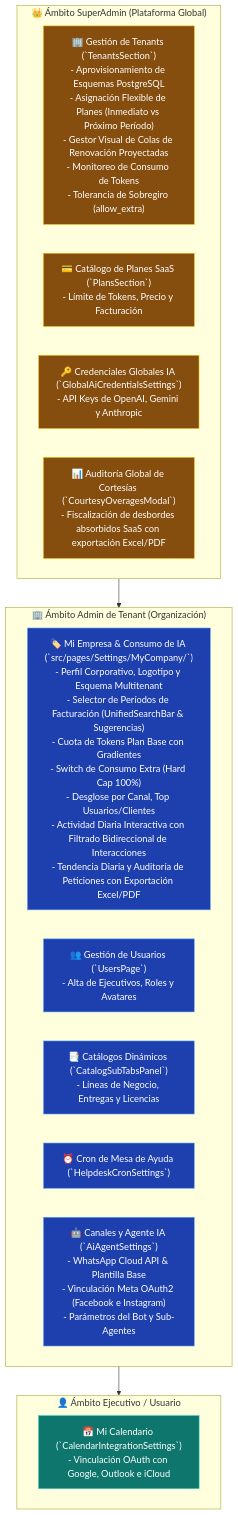
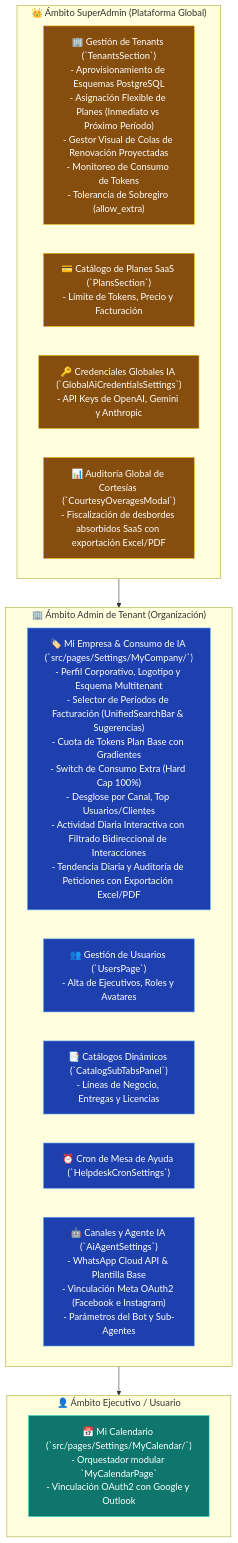
One commit to DesarrolloTibs/crm-tibs-app changed the diagram in Proyectos/CRM TIBS - Centro de Configuracion, Tenants & Roles.md. Above: the diagram before and after it, drawn with Mermaid. The commit also changed other lines of this file and 12 other files, not shown here.

````diff
--- a/Proyectos/CRM TIBS - Centro de Configuracion, Tenants & Roles.md
+++ b/Proyectos/CRM TIBS - Centro de Configuracion, Tenants & Roles.md
@@ -25,32 +25,32 @@
 ```mermaid
 graph TD
     subgraph AmbitoSuperAdmin ["👑 Ámbito SuperAdmin (Plataforma Global)"]
         Tenants["🏢 Gestión de Tenants (`TenantsSection`)<br/>- Aprovisionamiento de Esquemas PostgreSQL<br/>- Asignación Flexible de Planes (Inmediato vs Próximo Período)<br/>- Gestor Visual de Colas de Renovación Proyectadas<br/>- Monitoreo de Consumo de Tokens<br/>- Tolerancia de Sobregiro (allow_extra)"]
         Plans["💳 Catálogo de Planes SaaS (`PlansSection`)<br/>- Límite de Tokens, Precio y Facturación"]
         AICreds["🔑 Credenciales Globales IA (`GlobalAiCredentialsSettings`)<br/>- API Keys de OpenAI, Gemini y Anthropic"]
         GlobalAudit["📊 Auditoría Global de Cortesías (`CourtesyOveragesModal`)<br/>- Fiscalización de desbordes absorbidos SaaS con exportación Excel/PDF"]
     end
 
     subgraph AmbitoAdmin ["🏢 Ámbito Admin de Tenant (Organización)"]
         Company["🏷️ Mi Empresa & Consumo de IA (`src/pages/Settings/MyCompany/`)<br/>- Perfil Corporativo, Logotipo y Esquema Multitenant<br/>- Selector de Períodos de Facturación (UnifiedSearchBar & Sugerencias)<br/>- Cuota de Tokens Plan Base con Gradientes<br/>- Switch de Consumo Extra (Hard Cap 100%)<br/>- Desglose por Canal, Top Usuarios/Clientes<br/>- Actividad Diaria Interactiva con Filtrado Bidireccional de Interacciones<br/>- Tendencia Diaria y Auditoría de Peticiones con Exportación Excel/PDF"]
         Users["👥 Gestión de Usuarios (`UsersPage`)<br/>- Alta de Ejecutivos, Roles y Avatares"]
         Catalogs["📑 Catálogos Dinámicos (`CatalogSubTabsPanel`)<br/>- Líneas de Negocio, Entregas y Licencias"]
         CronSLA["⏰ Cron de Mesa de Ayuda (`HelpdeskCronSettings`)"]
         BotConfig["🤖 Canales y Agente IA (`AiAgentSettings`)<br/>- WhatsApp Cloud API & Plantilla Base<br/>- Vinculación Meta OAuth2 (Facebook e Instagram)<br/>- Parámetros del Bot y Sub-Agentes"]
     end
 
     subgraph AmbitoPersonal ["👤 Ámbito Ejecutivo / Usuario"]
-        MyCal["📅 Mi Calendario (`CalendarIntegrationSettings`)<br/>- Vinculación OAuth con Google, Outlook e iCloud"]
+        MyCal["📅 Mi Calendario (`src/pages/Settings/MyCalendar/`)<br/>- Orquestador modular `MyCalendarPage`<br/>- Vinculación OAuth2 con Google y Outlook"]
     end
 
     AmbitoSuperAdmin --> AmbitoAdmin
     AmbitoAdmin --> AmbitoPersonal
 
     classDef sa fill:#854d0e,stroke:#eab308,color:#fff;
     classDef adm fill:#1e40af,stroke:#60a5fa,color:#fff;
     classDef usr fill:#0f766e,stroke:#2dd4bf,color:#fff;
 
     class Tenants,Plans,AICreds,GlobalAudit sa;
     class Company,Users,Catalogs,CronSLA,BotConfig adm;
     class MyCal usr;
 ```
````
